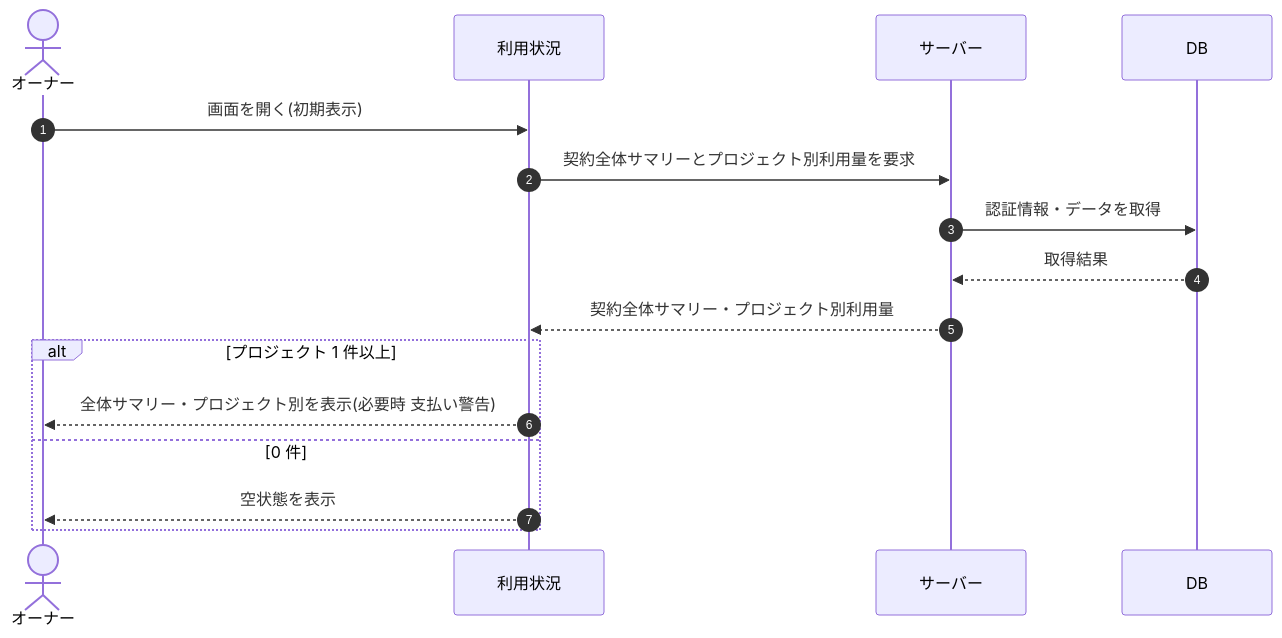
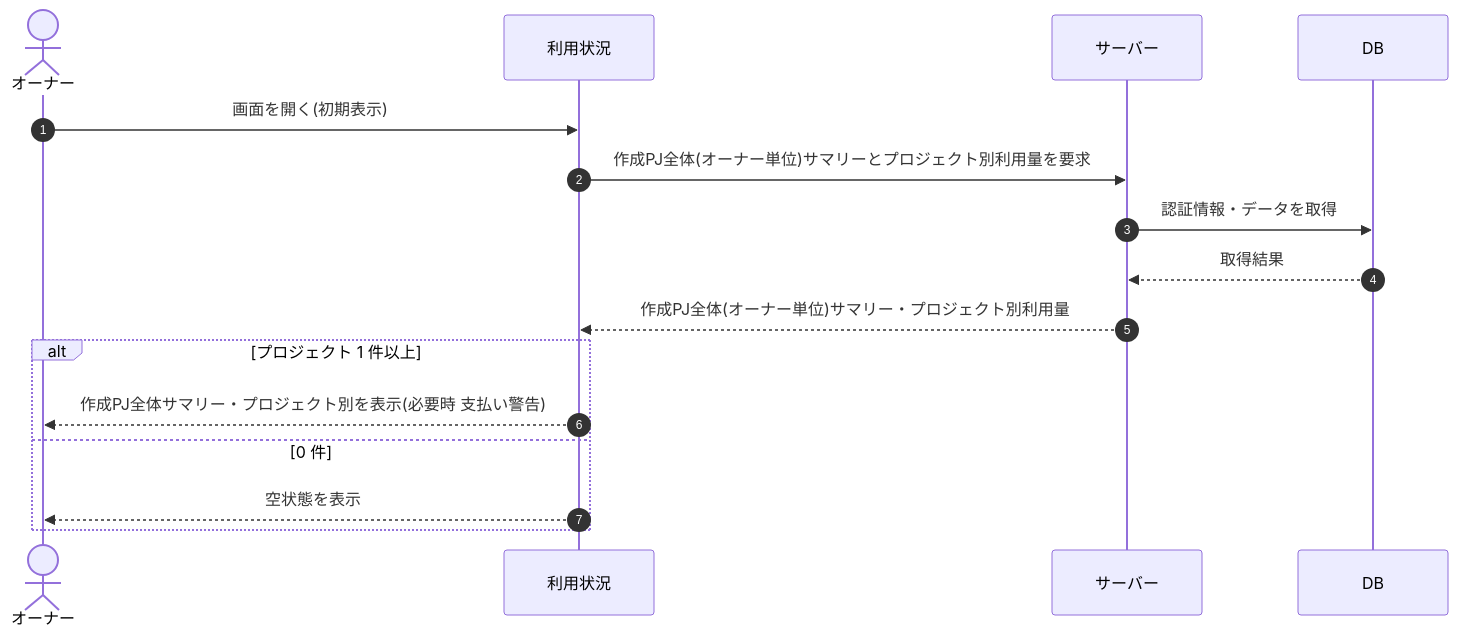
One commit to sikakou54/open-faq changed the diagram in 02_basic_design/03_sequences/SEQ-069.md. Above: the diagram before and after it, drawn with Mermaid. The commit also changed other lines of this file and 294 other files, not shown here.

````diff
--- a/02_basic_design/03_sequences/SEQ-069.md
+++ b/02_basic_design/03_sequences/SEQ-069.md
@@ -24,18 +24,18 @@
 ```mermaid
 sequenceDiagram
   autonumber
   actor U as オーナー
   participant Screen as 利用状況
   participant Server as サーバー
   participant DB as DB
   U->>Screen: 画面を開く(初期表示)
-  Screen->>Server: 契約全体サマリーとプロジェクト別利用量を要求
+  Screen->>Server: 作成PJ全体(オーナー単位)サマリーとプロジェクト別利用量を要求
   Server->>DB: 認証情報・データを取得
   DB-->>Server: 取得結果
-  Server-->>Screen: 契約全体サマリー・プロジェクト別利用量
+  Server-->>Screen: 作成PJ全体(オーナー単位)サマリー・プロジェクト別利用量
   alt プロジェクト 1 件以上
-    Screen-->>U: 全体サマリー・プロジェクト別を表示(必要時 支払い警告)
+    Screen-->>U: 作成PJ全体サマリー・プロジェクト別を表示(必要時 支払い警告)
   else 0 件
     Screen-->>U: 空状態を表示
   end
 ```
````
